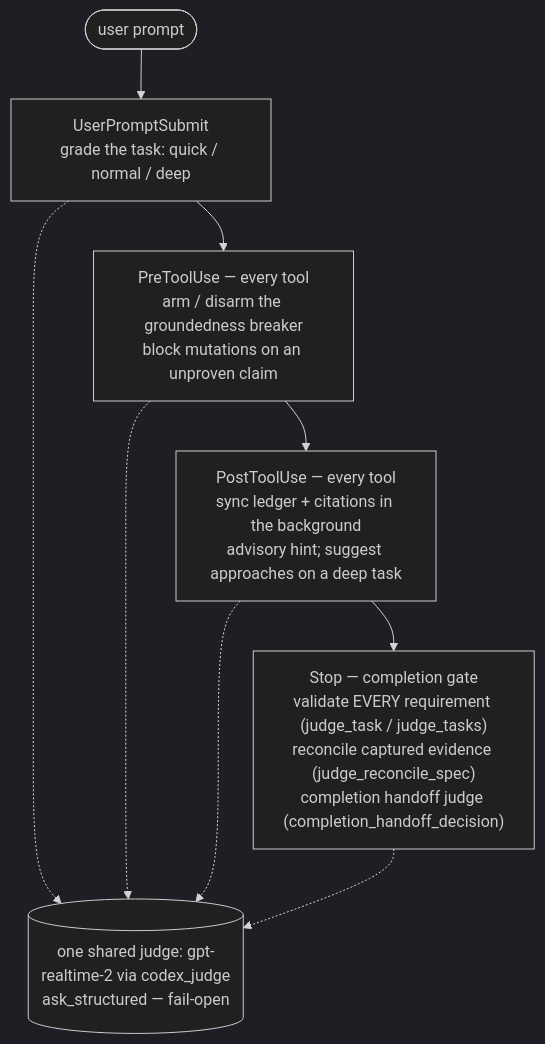
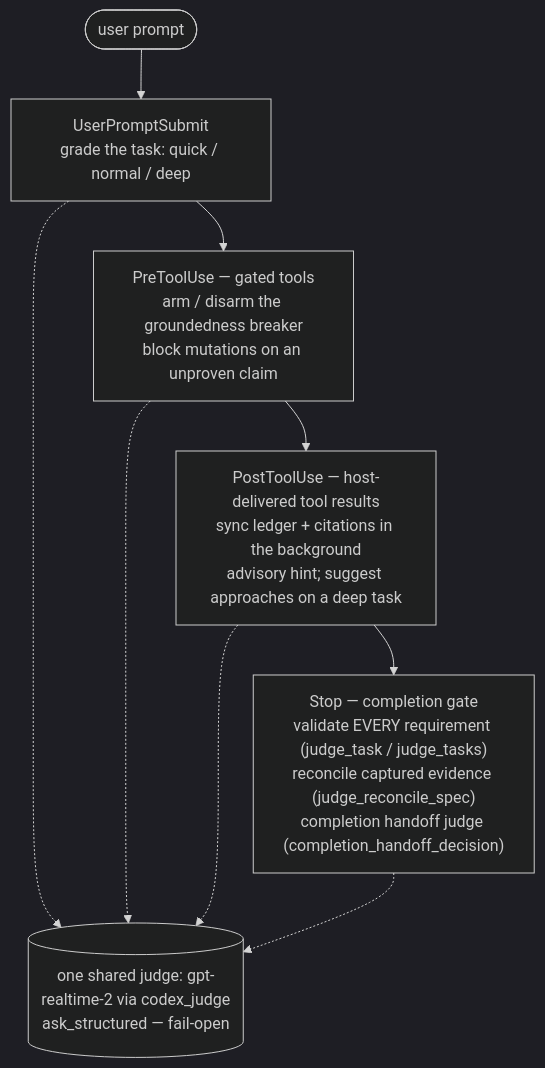
One commit to jaredboynton/unifable changed the diagram in README.md. Above: the diagram before and after it, drawn with Mermaid (dark theme). The commit also changed other lines of this file and 68 other files, not shown here.

````diff
--- a/README.md
+++ b/README.md
@@ -81,13 +81,13 @@
 ```mermaid
 flowchart TB
   P([user prompt]) --> UPS
   UPS["UserPromptSubmit<br/>grade the task: quick / normal / deep"] --> PTU
-  PTU["PreToolUse — every tool<br/>arm / disarm the groundedness breaker<br/>block mutations on an unproven claim"] --> POST
-  POST["PostToolUse — every tool<br/>sync ledger + citations in the background<br/>advisory hint; suggest approaches on a deep task"] --> STOP
+  PTU["PreToolUse — gated tools<br/>arm / disarm the groundedness breaker<br/>block mutations on an unproven claim"] --> POST
+  POST["PostToolUse — host-delivered tool results<br/>sync ledger + citations in the background<br/>advisory hint; suggest approaches on a deep task"] --> STOP
   STOP["Stop — completion gate<br/>validate EVERY requirement (judge_task / judge_tasks)<br/>reconcile captured evidence (judge_reconcile_spec)<br/>completion handoff judge (completion_handoff_decision)"]
   UPS -.-> CJ
   PTU -.-> CJ
   POST -.-> CJ
   STOP -.-> CJ
   CJ[("one shared judge: gpt-realtime-2 via codex_judge<br/>ask_structured — fail-open")]
 ```
````
